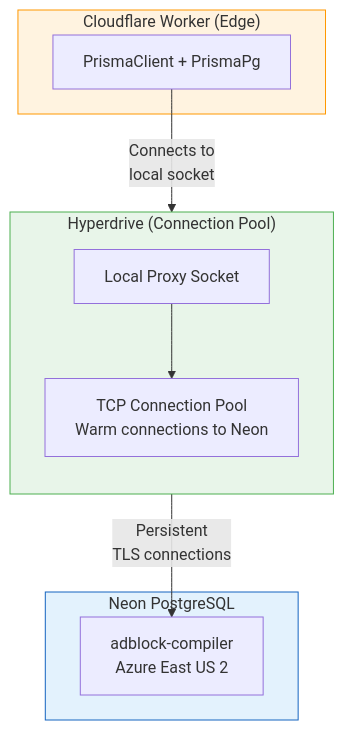
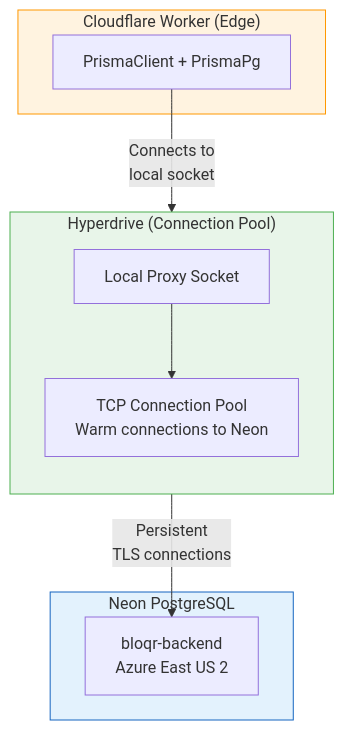
Before and after one commit to jaypatrick/adblock-compiler: the second of 3 diagrams in docs/database-setup/neon-setup.md, drawn with Mermaid. The commit also changed other lines of this file and 252 other files, not shown here.

First line of the commit message:
chore: rename Cloudflare Worker names from adblock- to bloqr- (bloqr-compiler → bloqr-backend) (#1762)

````diff
--- a/docs/database-setup/neon-setup.md
+++ b/docs/database-setup/neon-setup.md
@@ -117,24 +117,24 @@
 ```mermaid
 flowchart TB
     subgraph Worker["Cloudflare Worker (Edge)"]
         P["PrismaClient + PrismaPg"]
     end
 
     subgraph HD["Hyperdrive (Connection Pool)"]
         direction TB
         LP["Local Proxy Socket"]
         Pool["TCP Connection Pool<br/>Warm connections to Neon"]
     end
 
     subgraph Neon["Neon PostgreSQL"]
-        DB["adblock-compiler<br/>Azure East US 2"]
+        DB["bloqr-backend<br/>Azure East US 2"]
     end
 
     P -->|"Connects to<br/>local socket"| LP
     LP --> Pool
     Pool -->|"Persistent<br/>TLS connections"| DB
 
     style Worker fill:#fff3e0,stroke:#FF9800
     style HD fill:#e8f5e9,stroke:#4CAF50
     style Neon fill:#e3f2fd,stroke:#1565C0
 ```
````
